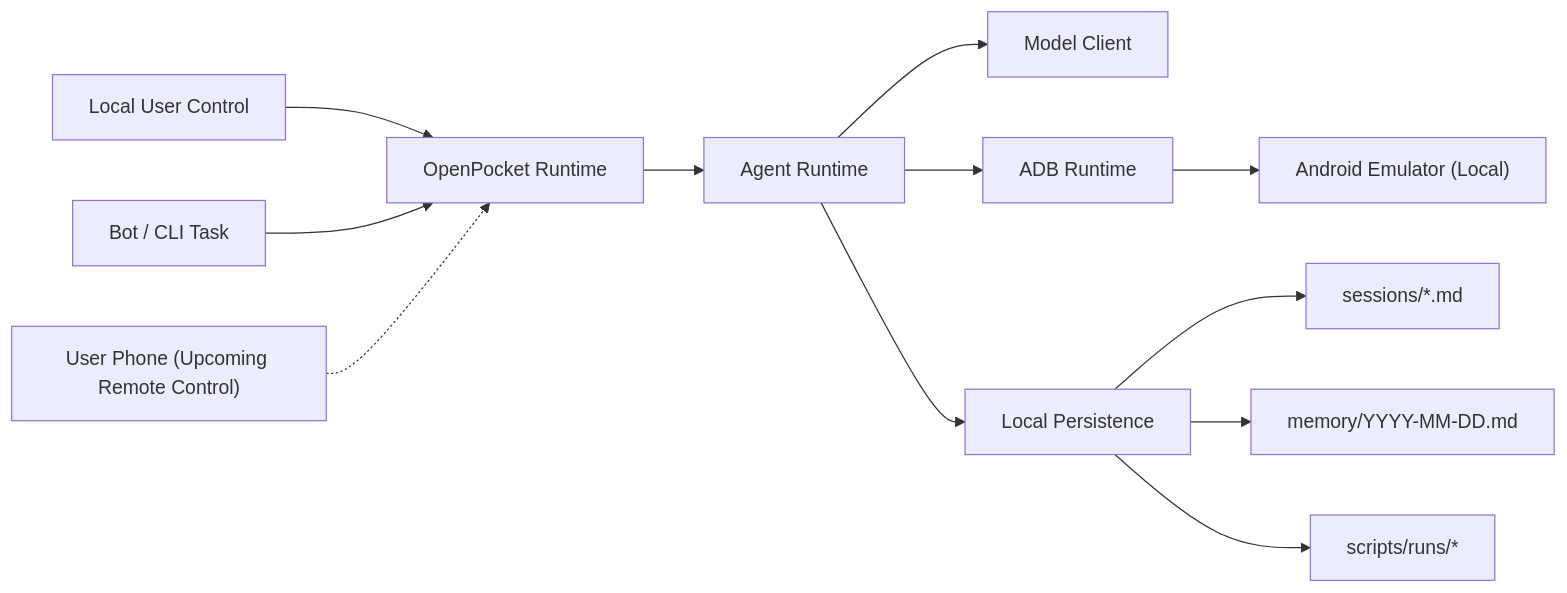
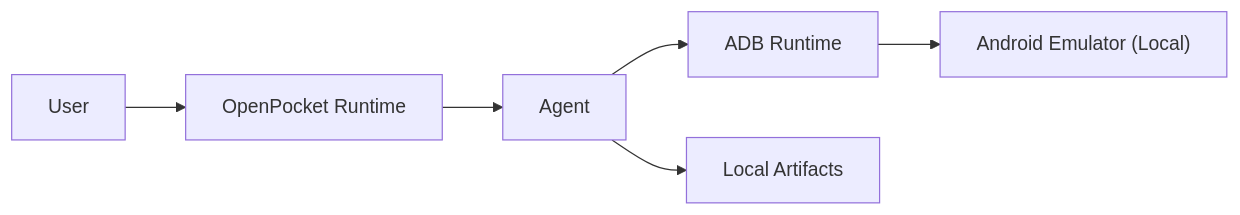
One commit to SergioChan/openpocket changed the diagram in frontend/index.md. Above: the diagram before and after it, drawn with Mermaid. The commit also changed other lines of this file and 1 other file, not shown here.

````diff
--- a/frontend/index.md
+++ b/frontend/index.md
@@ -81,14 +66,8 @@
 ```mermaid
 flowchart LR
-  U["Local User Control"] --> R["OpenPocket Runtime"]
-  B["Bot / CLI Task"] --> R
-  R --> A["Agent Runtime"]
-  A --> M["Model Client"]
+  U["User"] --> R["OpenPocket Runtime"]
+  R --> A["Agent"]
   A --> D["ADB Runtime"]
   D --> E["Android Emulator (Local)"]
-  A --> P["Local Persistence"]
-  P --> SS["sessions/*.md"]
-  P --> MM["memory/YYYY-MM-DD.md"]
-  P --> RR["scripts/runs/*"]
-  RP["User Phone (Upcoming Remote Control)"] -.-> R
+  A --> P["Local Artifacts"]
 ```
````
